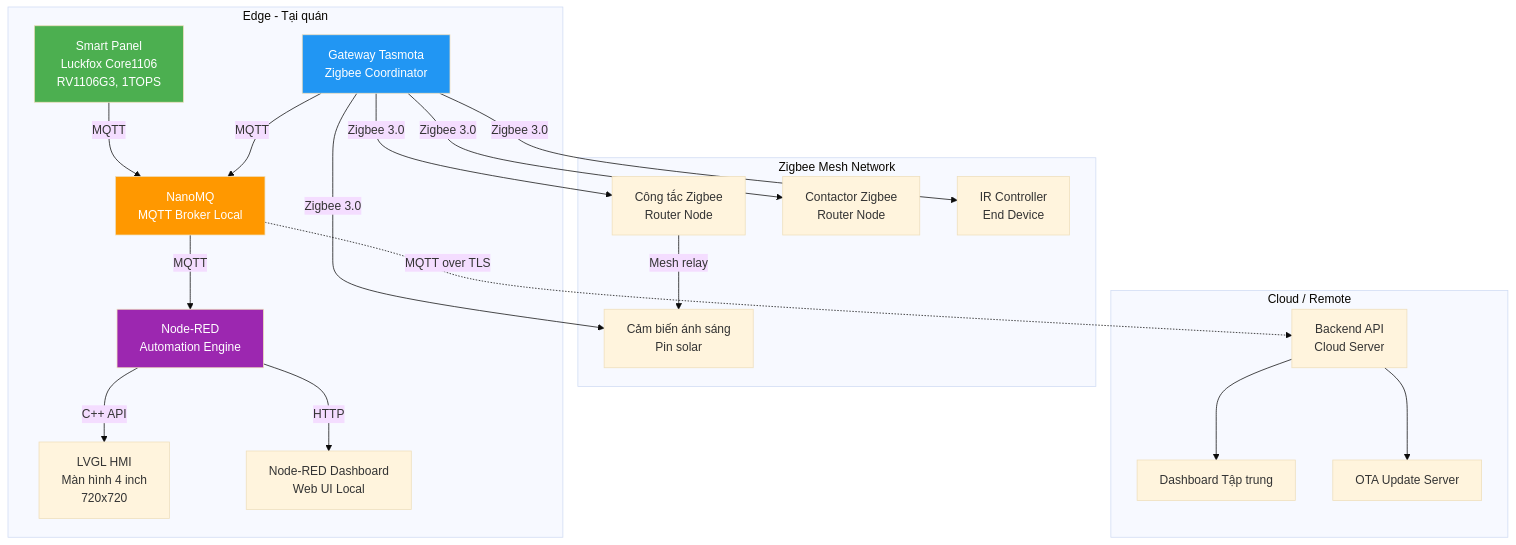
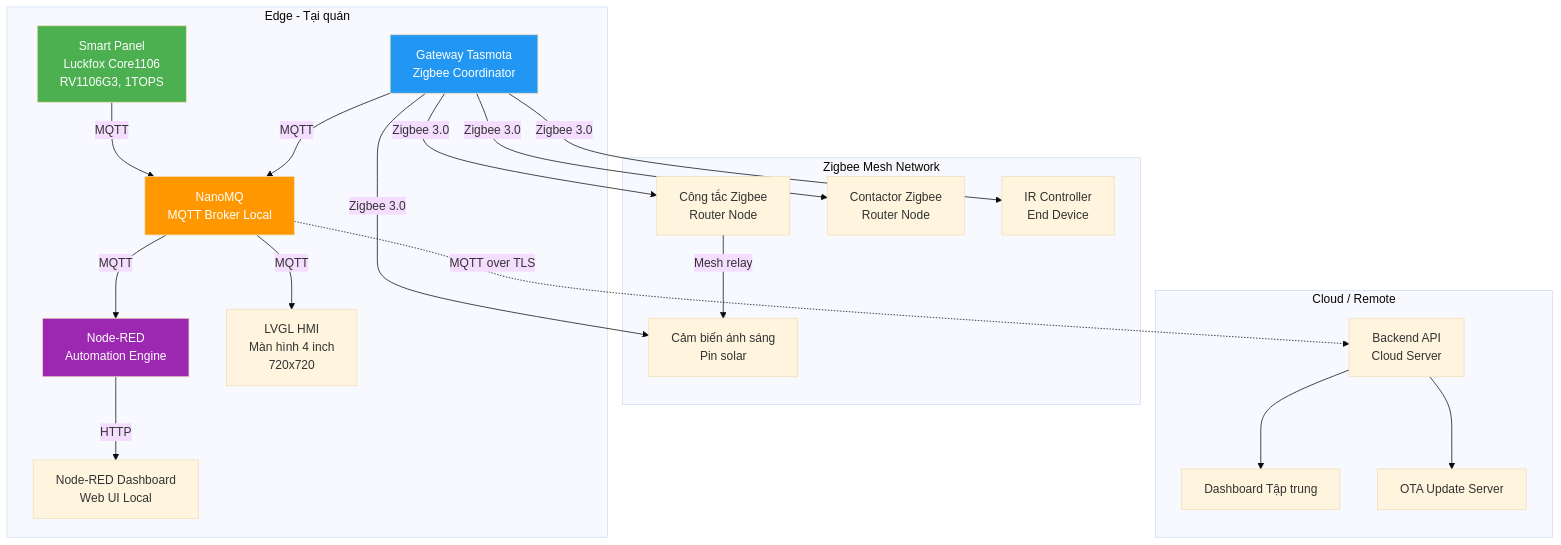
Before and after one commit to huongvn/HLCFEOS: the first of 8 diagrams in slides/02-techstack.md, drawn with Mermaid (base theme). The commit also changed other lines of this file, not shown here.

First line of the commit message:
fix(slide-02): connect LVGL directly to NanoMQ instead of Node-RED

````diff
--- a/slides/02-techstack.md
+++ b/slides/02-techstack.md
@@ -11,29 +11,29 @@
 ```mermaid
 graph TB
     subgraph "Edge - Tại quán"
         A[Smart Panel<br/>Luckfox Core1106<br/>RV1106G3, 1TOPS] -->|MQTT| B[NanoMQ<br/>MQTT Broker Local]
         C[Gateway Tasmota<br/>Zigbee Coordinator] -->|MQTT| B
         B -->|MQTT| D[Node-RED<br/>Automation Engine]
-        D -->|C++ API| E[LVGL HMI<br/>Màn hình 4 inch<br/>720x720]
+        B -->|MQTT| E[LVGL HMI<br/>Màn hình 4 inch<br/>720x720]
         D -->|HTTP| F[Node-RED Dashboard<br/>Web UI Local]
     end
     
     subgraph "Zigbee Mesh Network"
         C -->|Zigbee 3.0| G[Cảm biến ánh sáng<br/>Pin solar]
         C -->|Zigbee 3.0| H[Công tắc Zigbee<br/>Router Node]
         C -->|Zigbee 3.0| I[Contactor Zigbee<br/>Router Node]
         C -->|Zigbee 3.0| J[IR Controller<br/>End Device]
         H -->|Mesh relay| G
     end
     
     subgraph "Cloud / Remote"
         B -.->|MQTT over TLS| K[Backend API<br/>Cloud Server]
         K --> L[Dashboard Tập trung]
         K --> M[OTA Update Server]
     end
     
     style A fill:#4CAF50,color:#fff
     style C fill:#2196F3,color:#fff
     style B fill:#FF9800,color:#fff
     style D fill:#9C27B0,color:#fff
 ```
````
